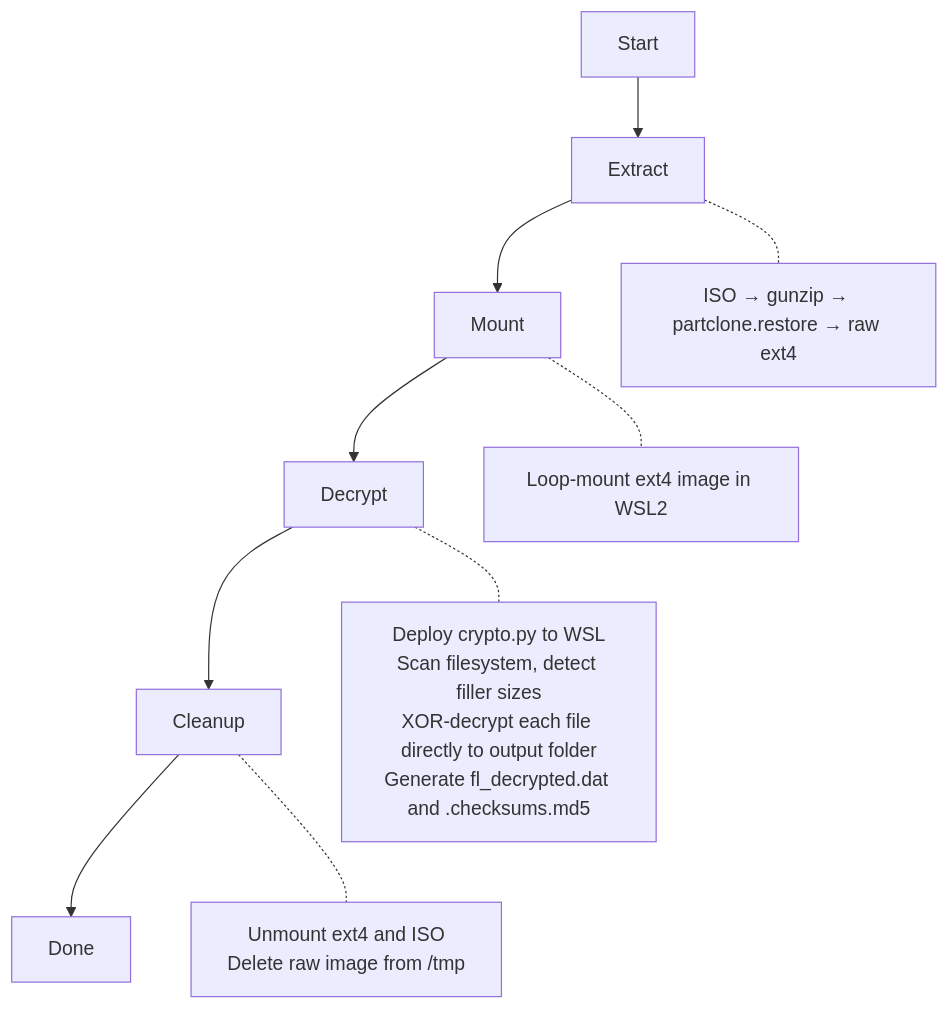
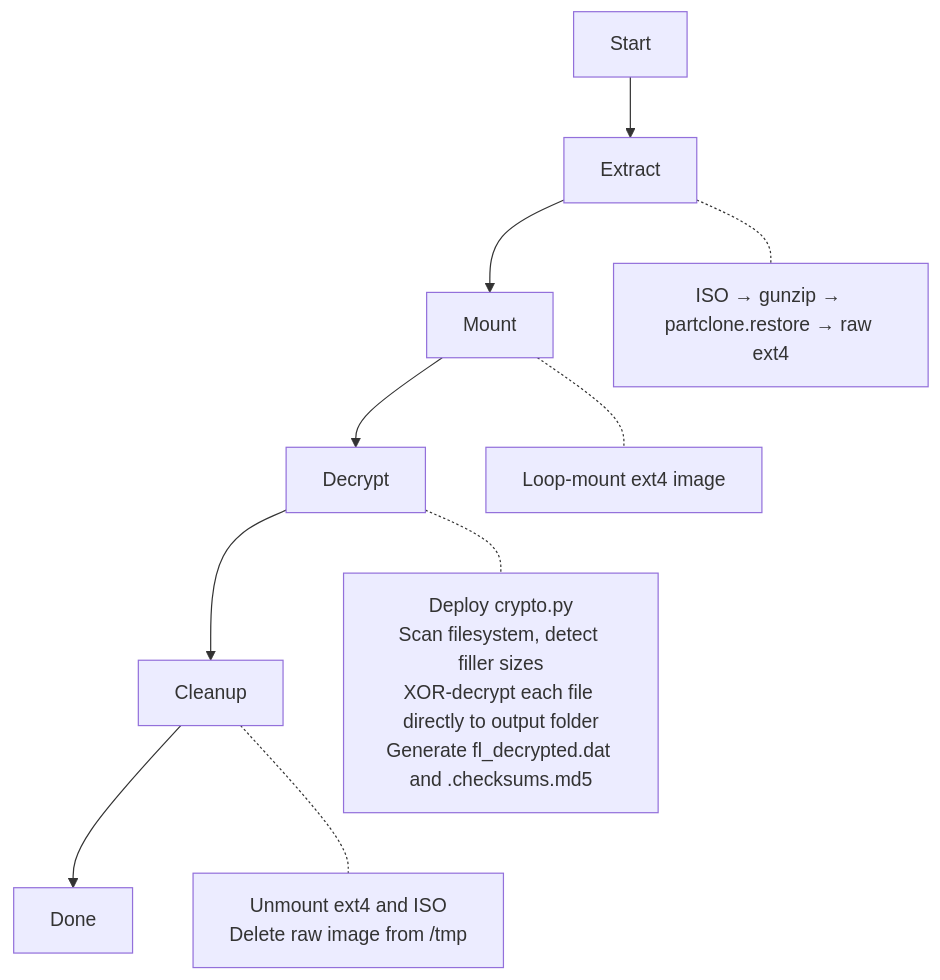
Before and after one commit to crobby/jjp-decryptor: the second of 3 diagrams in README.md, drawn with Mermaid. The commit also changed other lines of this file and 3 other files, not shown here.

````diff
--- a/README.md
+++ b/README.md
@@ -192,13 +195,13 @@
 ```mermaid
 flowchart TD
     A[Start] --> B[Extract]
     B --> C[Mount]
     C --> D[Decrypt]
     D --> E[Cleanup]
     E --> F[Done]
 
     B -.- B1["ISO → gunzip → partclone.restore → raw ext4"]
-    C -.- C1["Loop-mount ext4 image in WSL2"]
-    D -.- D1["Deploy crypto.py to WSL\nScan filesystem, detect filler sizes\nXOR-decrypt each file directly to output folder\nGenerate fl_decrypted.dat and .checksums.md5"]
+    C -.- C1["Loop-mount ext4 image"]
+    D -.- D1["Deploy crypto.py\nScan filesystem, detect filler sizes\nXOR-decrypt each file directly to output folder\nGenerate fl_decrypted.dat and .checksums.md5"]
     E -.- E1["Unmount ext4 and ISO\nDelete raw image from /tmp"]
 ```
````
